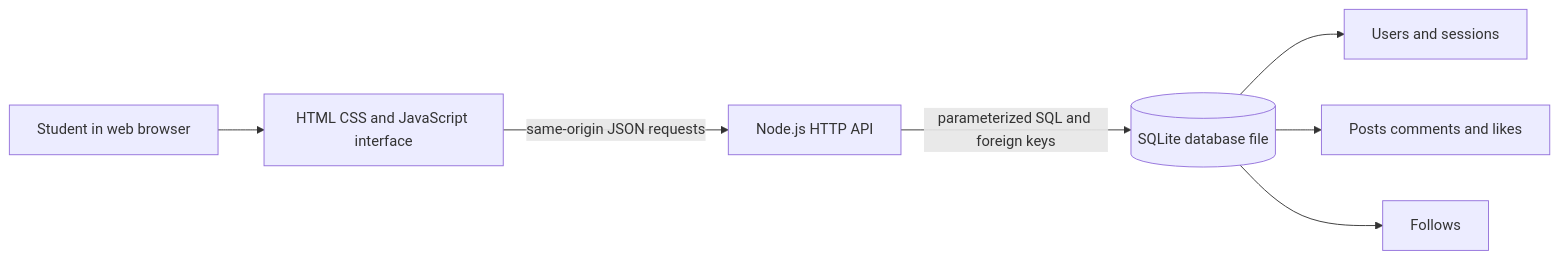
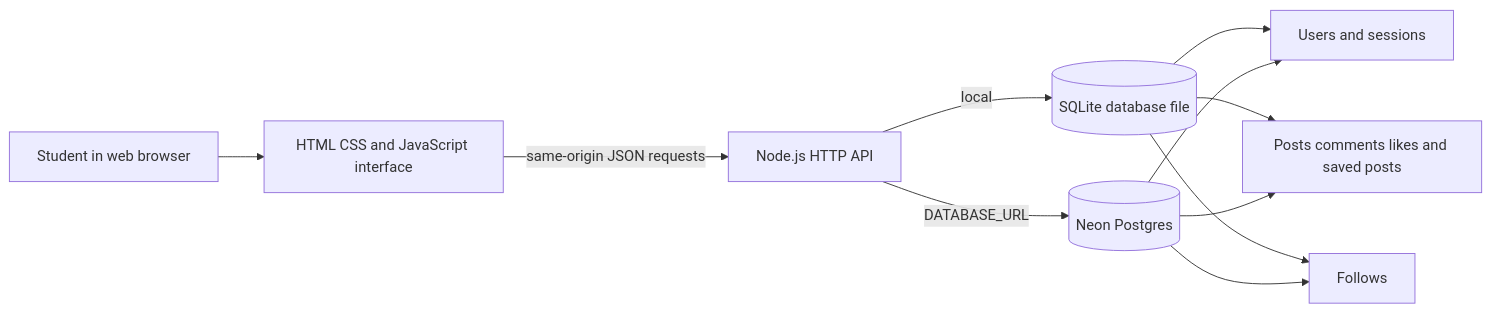
The diagram in docs/architecture.mmd (SsToRR/BIS), drawn with Mermaid before and after one commit. The commit also changed 18 other files, not shown here.

Commit message:
Add saved posts, multilingual UI, and account limits

```diff
--- a/docs/architecture.mmd
+++ b/docs/architecture.mmd
@@ -1,7 +1,11 @@
 flowchart LR
   Student[Student in web browser] --> UI[HTML CSS and JavaScript interface]
   UI -->|same-origin JSON requests| API[Node.js HTTP API]
-  API -->|parameterized SQL and foreign keys| DB[(SQLite database file)]
-  DB --> USERS[Users and sessions]
-  DB --> CONTENT[Posts comments and likes]
-  DB --> SOCIAL[Follows]
+  API -->|local| SQLite[(SQLite database file)]
+  API -->|DATABASE_URL| Postgres[(Neon Postgres)]
+  SQLite --> USERS[Users and sessions]
+  SQLite --> CONTENT[Posts comments likes and saved posts]
+  SQLite --> SOCIAL[Follows]
+  Postgres --> USERS
+  Postgres --> CONTENT
+  Postgres --> SOCIAL
```
